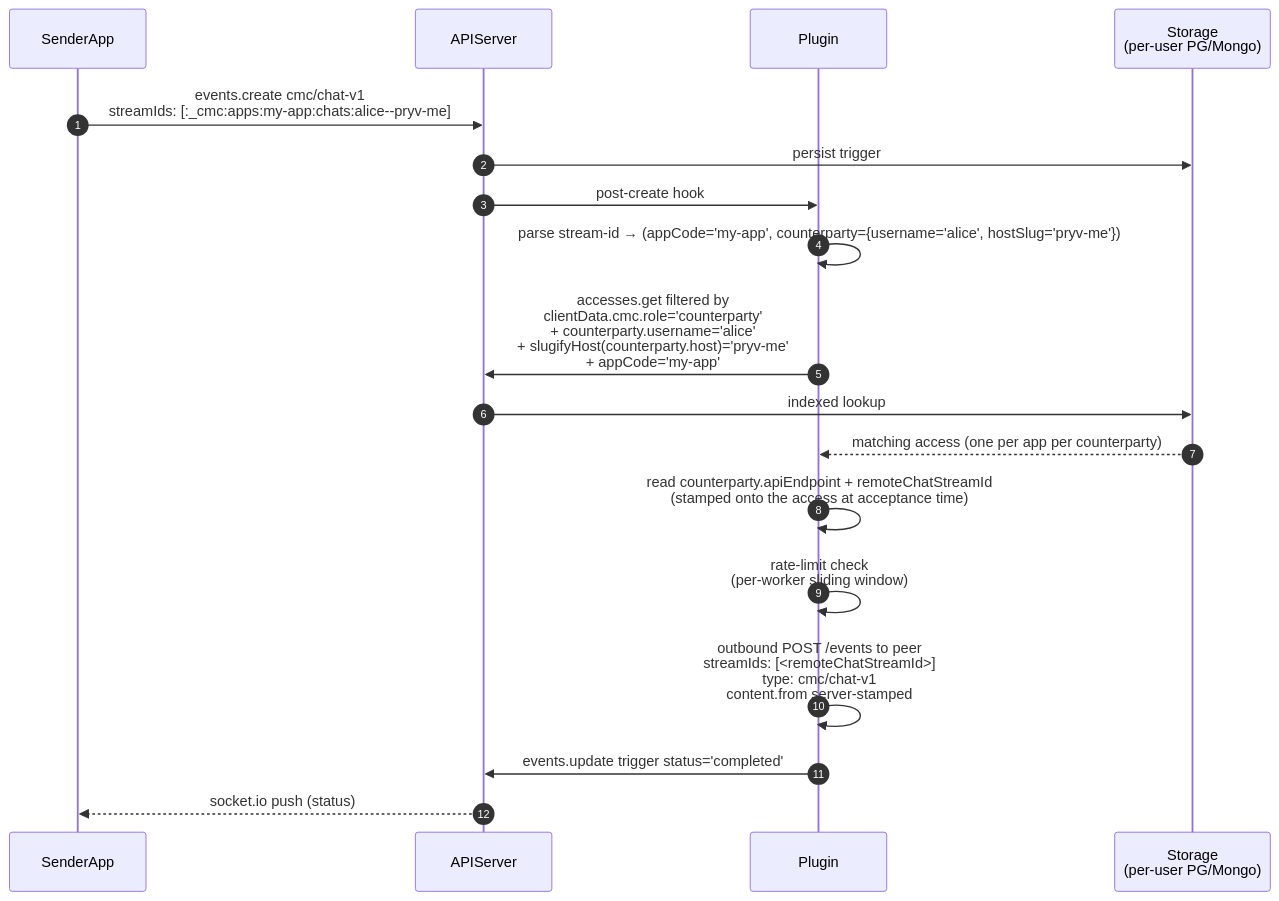
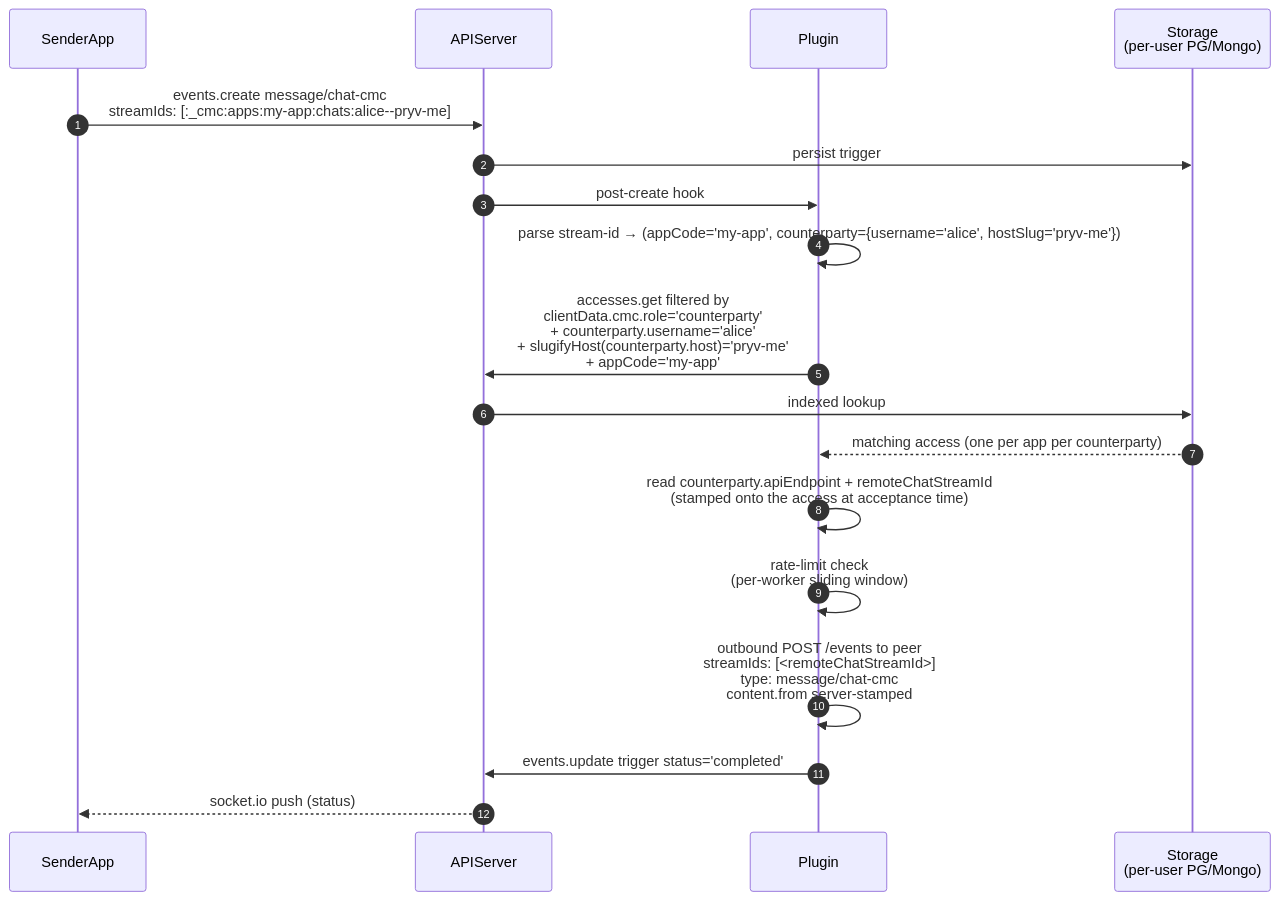
One commit to pryv/open-pryv.io changed the sixth of 14 diagrams in components/cmc/INTERNALS.md. Above: the diagram before and after it, drawn with Mermaid. The commit also changed other lines of this file and 40 other files, not shown here.

````diff
--- a/components/cmc/INTERNALS.md
+++ b/components/cmc/INTERNALS.md
@@ -292,21 +292,21 @@
 ```mermaid
 sequenceDiagram
     autonumber
     participant App as SenderApp
     participant APIServer
     participant Plugin
     participant Storage as Storage<br/>(per-user PG/Mongo)
 
-    App->>APIServer: events.create cmc/chat-v1<br/>streamIds: [:_cmc:apps:my-app:chats:alice--pryv-me]
+    App->>APIServer: events.create message/chat-cmc<br/>streamIds: [:_cmc:apps:my-app:chats:alice--pryv-me]
     APIServer->>Storage: persist trigger
     APIServer->>Plugin: post-create hook
     Plugin->>Plugin: parse stream-id → (appCode='my-app', counterparty={username='alice', hostSlug='pryv-me'})
     Plugin->>APIServer: accesses.get filtered by<br/>clientData.cmc.role='counterparty'<br/>+ counterparty.username='alice'<br/>+ slugifyHost(counterparty.host)='pryv-me'<br/>+ appCode='my-app'
     APIServer->>Storage: indexed lookup
     Storage-->>Plugin: matching access (one per app per counterparty)
     Plugin->>Plugin: read counterparty.apiEndpoint + remoteChatStreamId<br/>(stamped onto the access at acceptance time)
     Plugin->>Plugin: rate-limit check<br/>(per-worker sliding window)
-    Plugin->>Plugin: outbound POST /events to peer<br/>streamIds: [<remoteChatStreamId>]<br/>type: cmc/chat-v1<br/>content.from server-stamped
+    Plugin->>Plugin: outbound POST /events to peer<br/>streamIds: [<remoteChatStreamId>]<br/>type: message/chat-cmc<br/>content.from server-stamped
     Plugin->>APIServer: events.update trigger status='completed'
     APIServer-->>App: socket.io push (status)
 ```
````
